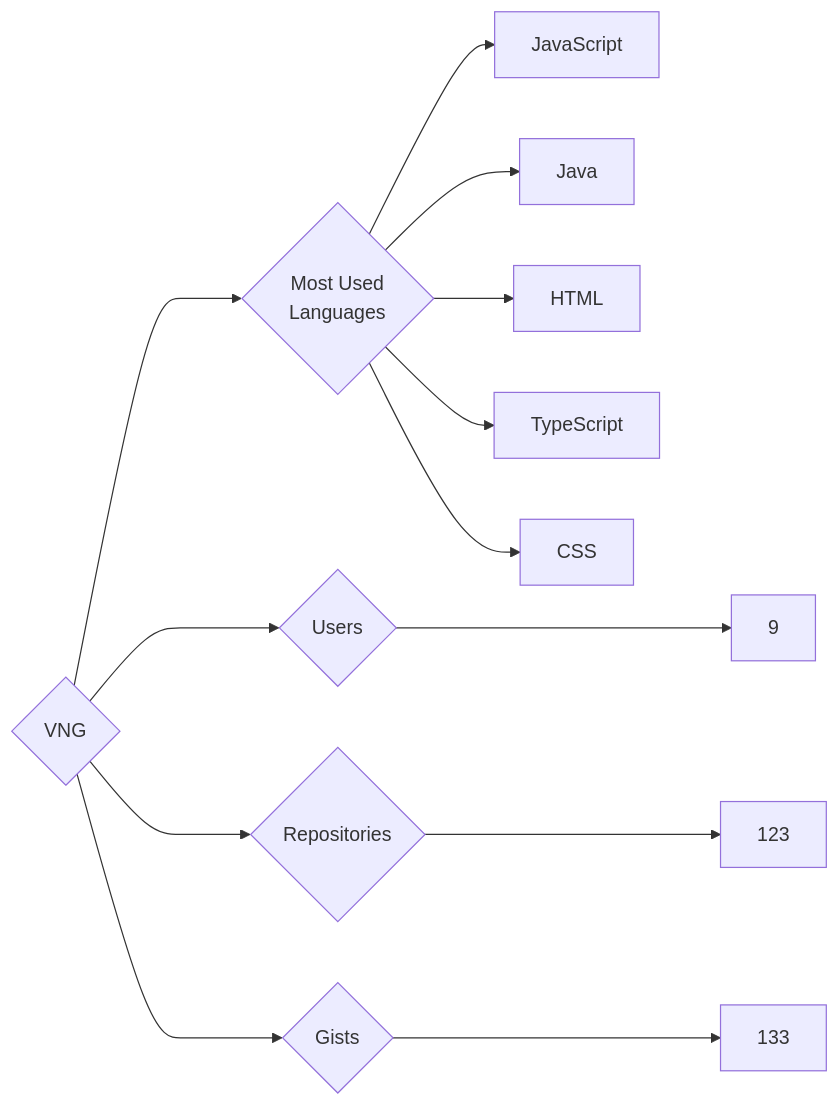
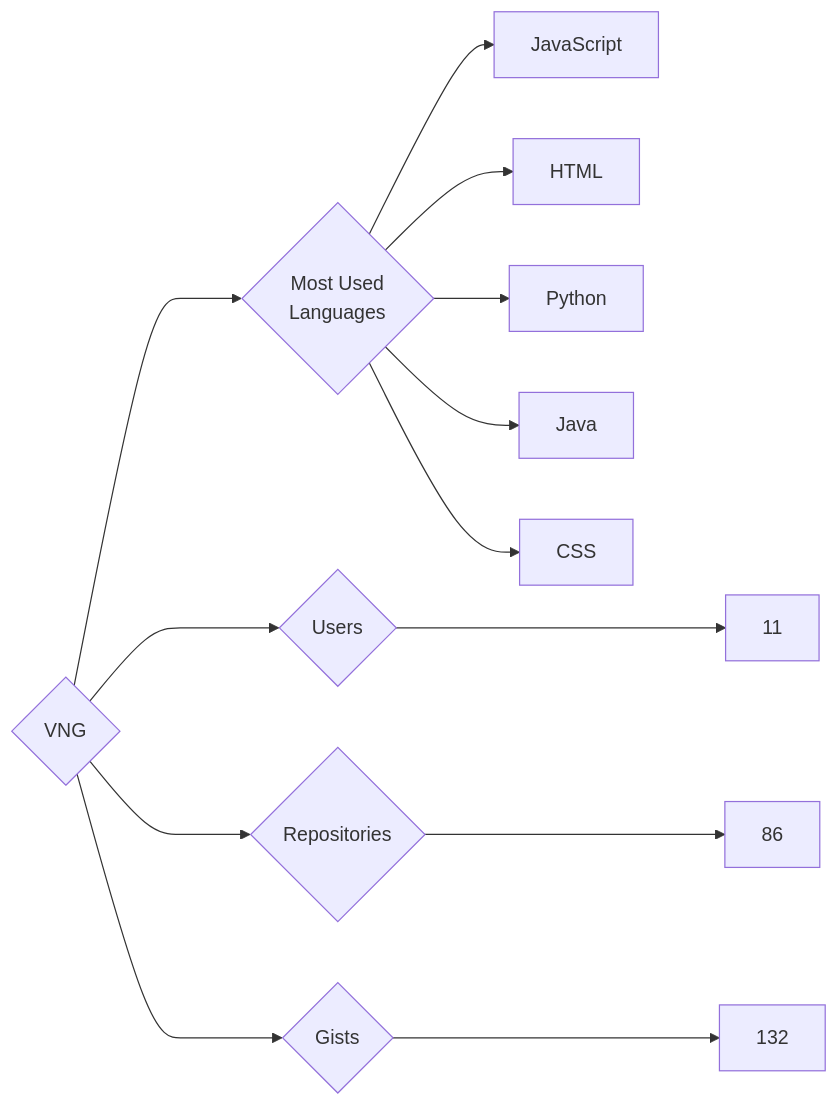
One commit to trickest/insiders changed the diagram in targets/VNG/README.md. Above: the diagram before and after it, drawn with Mermaid. The commit also changed 1479 other files, not shown here.

````diff
--- a/targets/VNG/README.md
+++ b/targets/VNG/README.md
@@ -3,13 +3,13 @@
 ```mermaid
 graph LR
 COMPANY_NAME{VNG}
-COMPANY_NAME ---> U{Users} ---> UN[9]
-COMPANY_NAME ---> R{Repositories} ---> RN[123]
-COMPANY_NAME ---> G{Gists} ---> GN[133]
+COMPANY_NAME ---> U{Users} ---> UN[11]
+COMPANY_NAME ---> R{Repositories} ---> RN[86]
+COMPANY_NAME ---> G{Gists} ---> GN[132]
 COMPANY_NAME ---> ML{Most Used<br>Languages}
 ML --> JavaScript[JavaScript]
+ML --> HTML[HTML]
+ML --> Python[Python]
 ML --> Java[Java]
-ML --> HTML[HTML]
-ML --> TypeScript[TypeScript]
 ML --> CSS[CSS]
 ```
````
